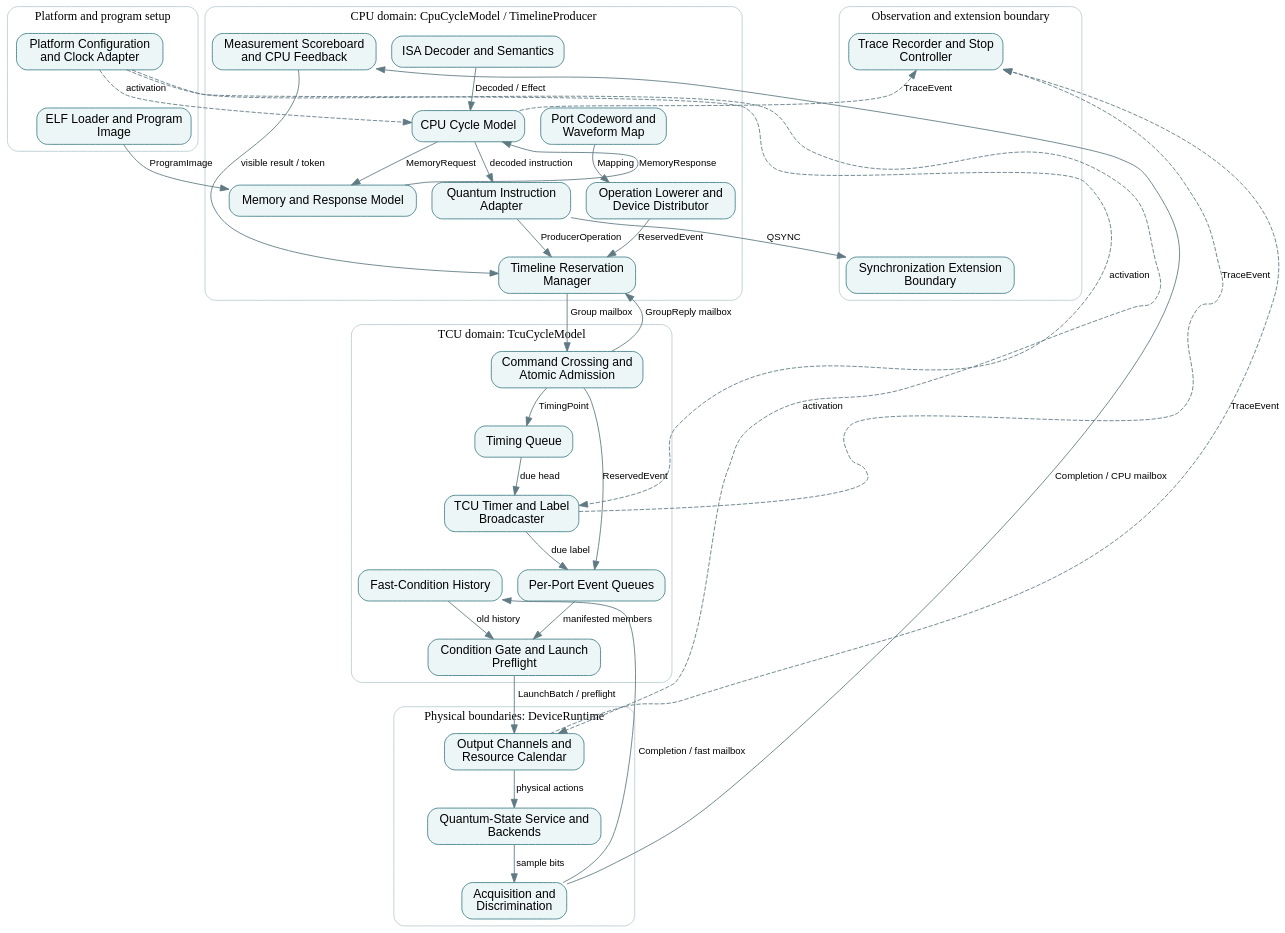
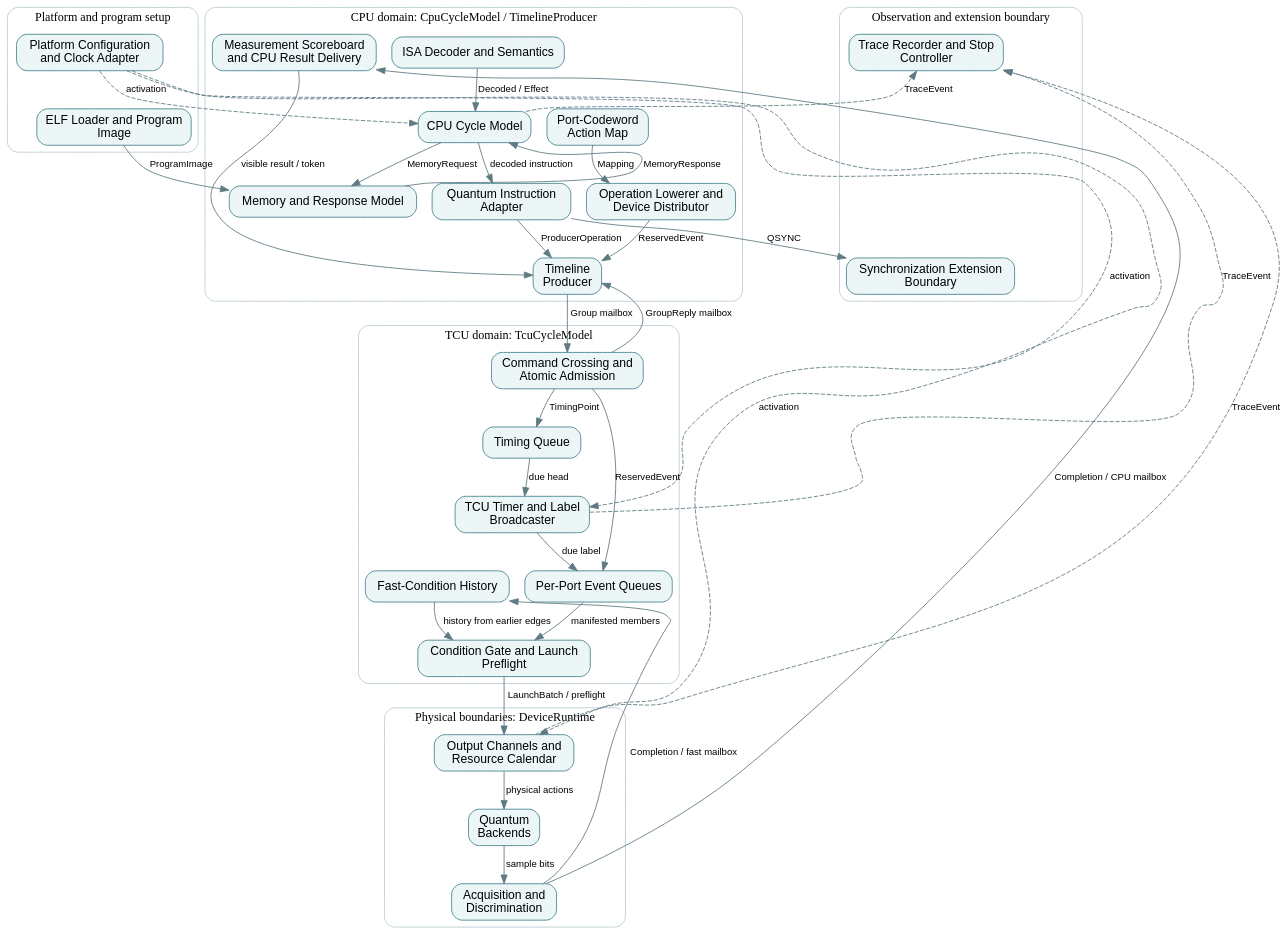
Before and after one commit to qsbit-org/qsbit-sim: the diagram in docs/architecture.dot, drawn with Graphviz. The commit also changed 31 other files, not shown here.

```diff
--- a/docs/architecture.dot
+++ b/docs/architecture.dot
@@ -1,65 +1,65 @@
 digraph architecture {
   graph [rankdir=TB, newrank=true, bgcolor="transparent", pad=0.2, nodesep=0.25, ranksep=0.45, compound=true];
   node [shape=box, style="rounded,filled", fillcolor="#edf6f7", color="#43818a", fontname="sans-serif", fontsize=14, margin="0.12,0.08", target="_top"];
   edge [color="#607a83", fontname="sans-serif", fontsize=11];
   subgraph cluster_setup { label="Platform and program setup"; color="#bacdd2"; style="rounded";
     m0 [label="Platform Configuration\nand Clock Adapter", href="modules/platform-and-clock-adapter.html", id="module-platform-and-clock-adapter"];
     m1 [label="ELF Loader and Program\nImage", href="modules/elf-loader-and-program-image.html", id="module-elf-loader-and-program-image"];
   }
   subgraph cluster_cpu { label="CPU domain: CpuCycleModel / TimelineProducer"; color="#bacdd2"; style="rounded";
     m2 [label="ISA Decoder and Semantics", href="modules/isa-decoder-and-semantics.html", id="module-isa-decoder-and-semantics"];
     m3 [label="CPU Cycle Model", href="modules/cpu-cycle-model.html", id="module-cpu-cycle-model"];
     m4 [label="Memory and Response Model", href="modules/memory-and-response-model.html", id="module-memory-and-response-model"];
     m5 [label="Quantum Instruction\nAdapter", href="modules/quantum-instruction-adapter.html", id="module-quantum-instruction-adapter"];
-    m13 [label="Port Codeword and\nWaveform Map", href="modules/port-codeword-and-waveform-map.html", id="module-port-codeword-and-waveform-map"];
+    m13 [label="Port-Codeword\nAction Map", href="modules/port-codeword-and-waveform-map.html", id="module-port-codeword-and-waveform-map"];
     m6 [label="Operation Lowerer and\nDevice Distributor", href="modules/operation-lowerer-and-device-distributor.html", id="module-operation-lowerer-and-device-distributor"];
-    m7 [label="Timeline Reservation\nManager", href="modules/timeline-reservation-manager.html", id="module-timeline-reservation-manager"];
-    m17 [label="Measurement Scoreboard\nand CPU Feedback", href="modules/measurement-scoreboard-and-cpu-feedback.html", id="module-measurement-scoreboard-and-cpu-feedback"];
+    m7 [label="Timeline\nProducer", href="modules/timeline-reservation-manager.html", id="module-timeline-reservation-manager"];
+    m17 [label="Measurement Scoreboard\nand CPU Result Delivery", href="modules/measurement-scoreboard-and-cpu-feedback.html", id="module-measurement-scoreboard-and-cpu-feedback"];
   }
   subgraph cluster_tcu { label="TCU domain: TcuCycleModel"; color="#bacdd2"; style="rounded";
     m8 [label="Command Crossing and\nAtomic Admission", href="modules/command-crossing-and-admission.html", id="module-command-crossing-and-admission"];
     m9 [label="Timing Queue", href="modules/timing-queue.html", id="module-timing-queue"];
     m10 [label="Per-Port Event Queues", href="modules/per-port-event-queues.html", id="module-per-port-event-queues"];
     m11 [label="TCU Timer and Label\nBroadcaster", href="modules/tcu-timer-and-label-broadcaster.html", id="module-tcu-timer-and-label-broadcaster"];
     m12 [label="Condition Gate and Launch\nPreflight", href="modules/condition-gate-and-launch-preflight.html", id="module-condition-gate-and-launch-preflight"];
     m18 [label="Fast-Condition History", href="modules/fast-condition-history.html", id="module-fast-condition-history"];
   }
   subgraph cluster_device { label="Physical boundaries: DeviceRuntime"; color="#bacdd2"; style="rounded";
     m14 [label="Output Channels and\nResource Calendar", href="modules/output-channels-and-resource-calendar.html", id="module-output-channels-and-resource-calendar"];
-    m15 [label="Quantum-State Service and\nBackends", href="modules/quantum-state-service-and-backends.html", id="module-quantum-state-service-and-backends"];
+    m15 [label="Quantum\nBackends", href="modules/quantum-state-service-and-backends.html", id="module-quantum-state-service-and-backends"];
     m16 [label="Acquisition and\nDiscrimination", href="modules/acquisition-and-discrimination.html", id="module-acquisition-and-discrimination"];
   }
   subgraph cluster_lifecycle { label="Observation and extension boundary"; color="#bacdd2"; style="rounded";
     m19 [label="Trace Recorder and Stop\nController", href="modules/trace-recorder-and-stop-controller.html", id="module-trace-recorder-and-stop-controller"];
     m20 [label="Synchronization Extension\nBoundary", href="modules/future-synchronization-adapter.html", id="module-future-synchronization-adapter"];
   }
   m1 -> m4 [label="ProgramImage"];
   m4 -> m3 [constraint=false, label="MemoryResponse"];
   m3 -> m4 [label="MemoryRequest"];
   m2 -> m3 [label="Decoded / Effect"];
   m3 -> m5 [label="decoded instruction"];
   m5 -> m7 [label="ProducerOperation"];
   m13 -> m6 [label="Mapping"];
   m6 -> m7 [label="ReservedEvent"];
   m7 -> m8 [label="Group mailbox"];
   m8 -> m7 [constraint=false, label="GroupReply mailbox"];
   m8 -> m9 [label="TimingPoint"];
   m8 -> m10 [label="ReservedEvent"];
   m9 -> m11 [label="due head"];
   m11 -> m10 [label="due label"];
   m10 -> m12 [label="manifested members"];
-  m18 -> m12 [label="old history"];
+  m18 -> m12 [label="history from earlier edges"];
   m12 -> m14 [label="LaunchBatch / preflight"];
   m14 -> m15 [label="physical actions"];
   m15 -> m16 [label="sample bits"];
   m16 -> m17 [constraint=false, label="Completion / CPU mailbox"];
   m16 -> m18 [constraint=false, label="Completion / fast mailbox"];
   m17 -> m7 [constraint=false, label="visible result / token"];
   m5 -> m20 [label="QSYNC"];
   m0 -> m3 [style=dashed, constraint=false, label="activation"];
   m0 -> m11 [style=dashed, constraint=false, label="activation"];
   m0 -> m14 [style=dashed, constraint=false, label="activation"];
   m3 -> m19 [style=dashed, constraint=false, label="TraceEvent"];
   m11 -> m19 [style=dashed, constraint=false, label="TraceEvent"];
   m14 -> m19 [style=dashed, constraint=false, label="TraceEvent"];
 }
```
